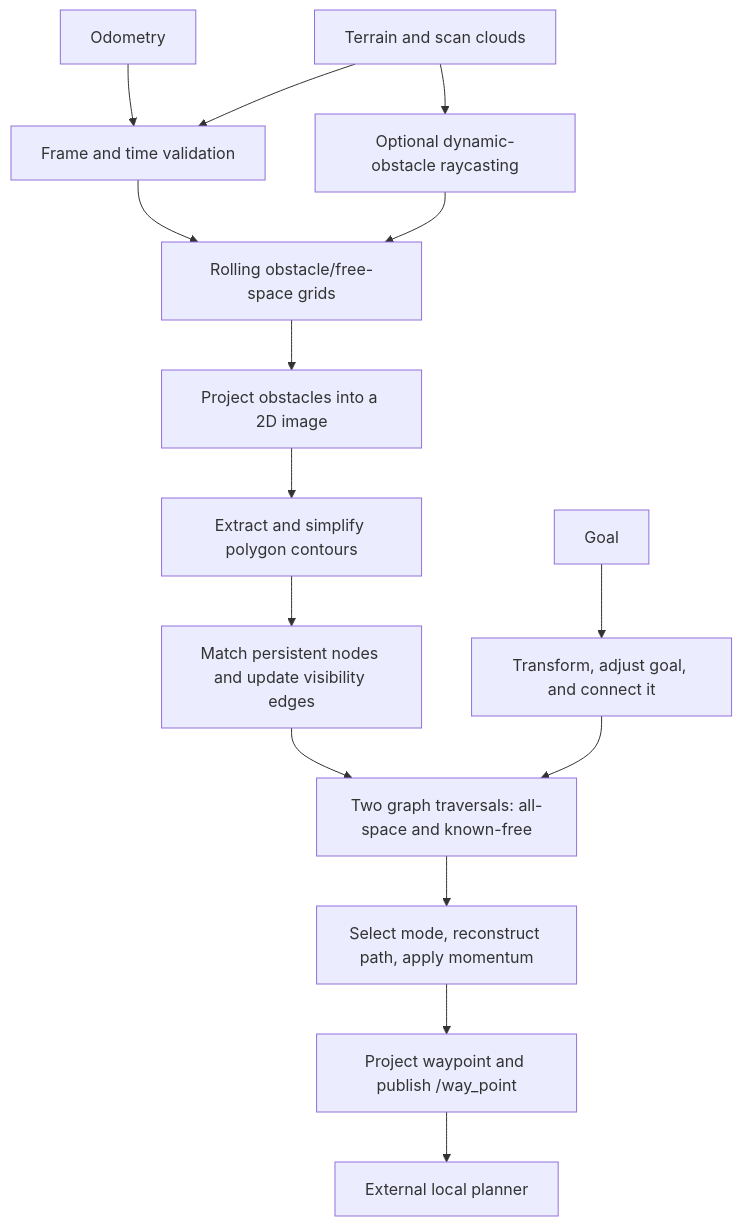
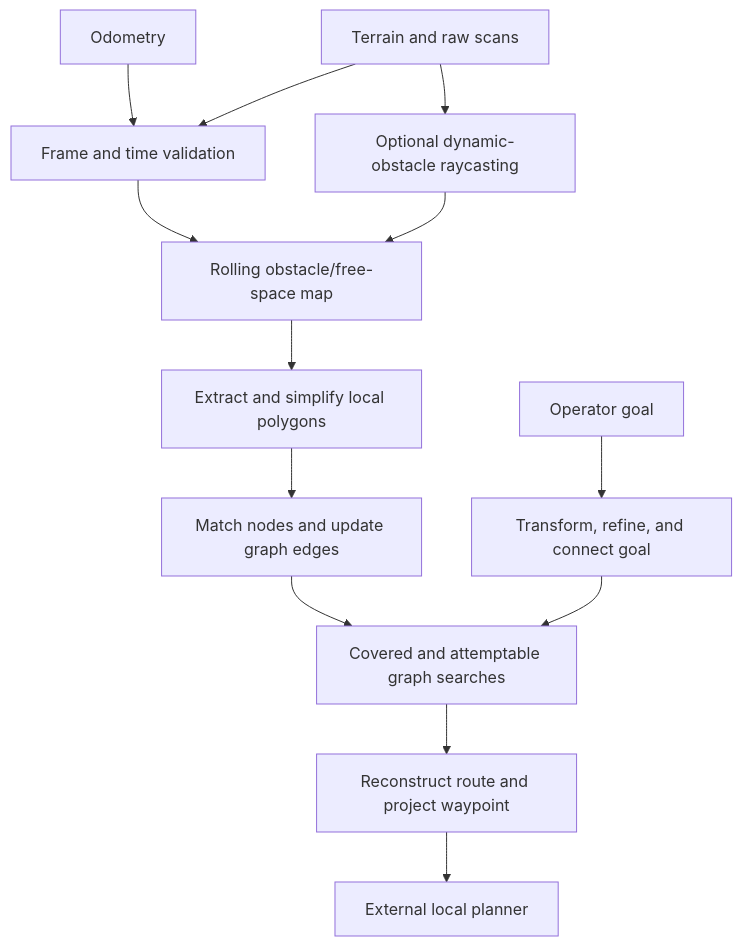
Before and after one commit to MichaelFYang/far_planner: the diagram in docs/algorithm.md, drawn with Mermaid. The commit also changed other lines of this file and 2 other files, not shown here.

````diff
--- a/docs/algorithm.md
+++ b/docs/algorithm.md
@@ -11,17 +13,15 @@
 ```mermaid
 flowchart TD
     O[Odometry] --> T[Frame and time validation]
-    C[Terrain and scan clouds] --> T
-    T --> M[Rolling obstacle/free-space grids]
-    M --> I[Project obstacles into a 2D image]
-    I --> P[Extract and simplify polygon contours]
-    P --> G[Match persistent nodes and update visibility edges]
-    G --> S[Two graph traversals: all-space and known-free]
-    Q[Goal] --> A[Transform, adjust goal, and connect it]
+    C[Terrain and raw scans] --> T
+    T --> M[Rolling obstacle/free-space map]
+    M --> P[Extract and simplify local polygons]
+    P --> G[Match nodes and update graph edges]
+    G --> S[Covered and attemptable graph searches]
+    Q[Operator goal] --> A[Transform, refine, and connect goal]
     A --> S
-    S --> R[Select mode, reconstruct path, apply momentum]
-    R --> W[Project waypoint and publish /way_point]
+    S --> W[Reconstruct route and project waypoint]
     W --> L[External local planner]
     C --> D[Optional dynamic-obstacle raycasting]
     D --> M
 ```
````
